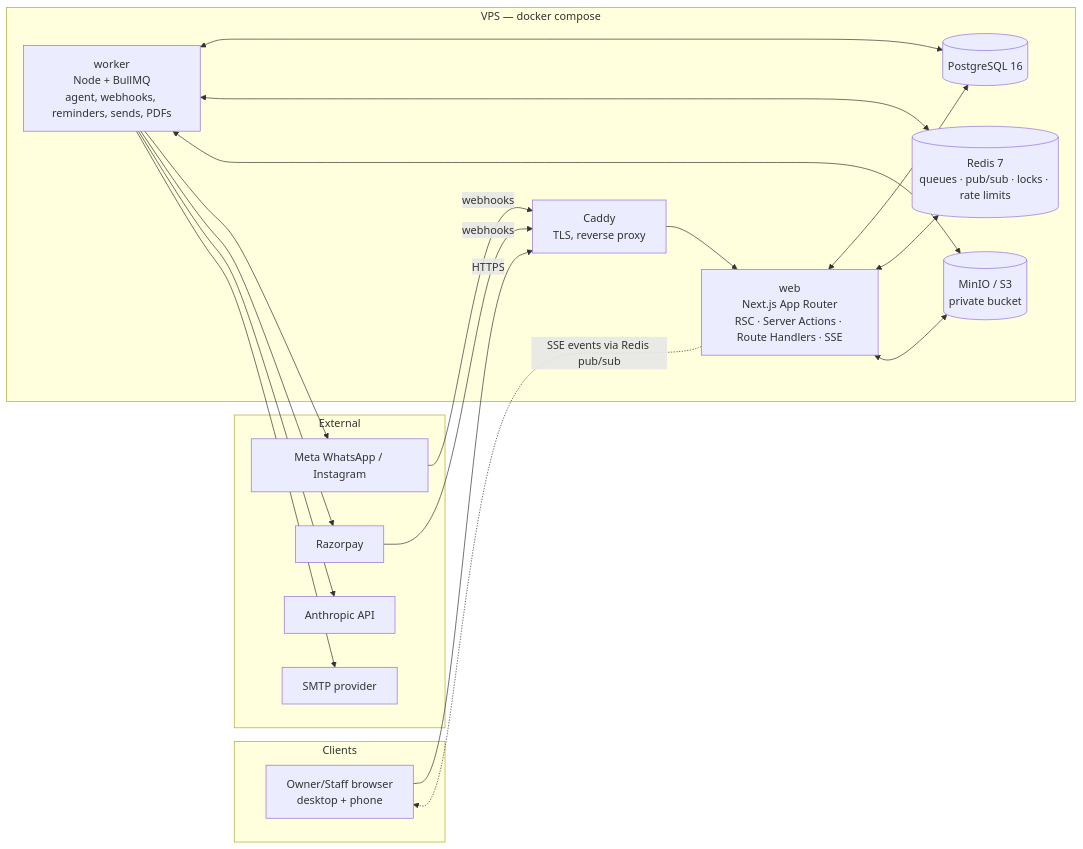
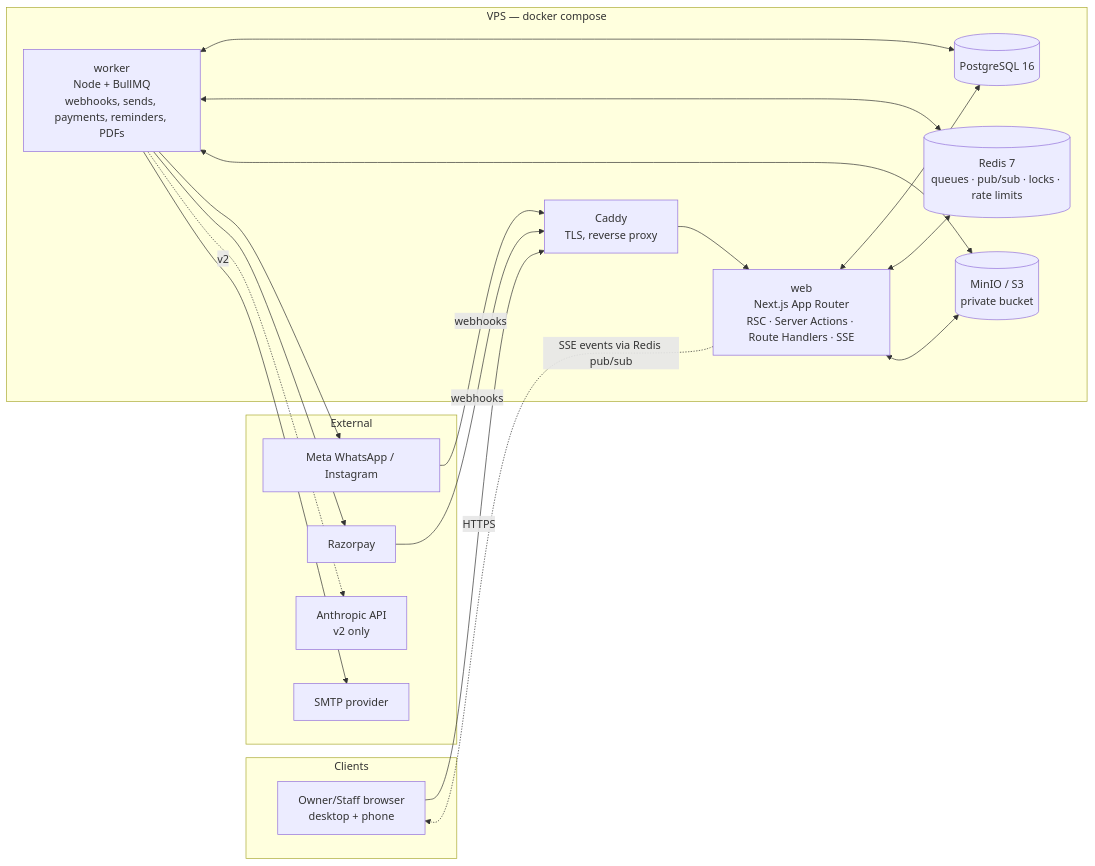
Before and after one commit to Aryadev2005/lavigo-os: the first of 4 diagrams in docs/03-system-design.md, drawn with Mermaid. The commit also changed other lines of this file and 7 other files, not shown here.

````diff
--- a/docs/03-system-design.md
+++ b/docs/03-system-design.md
@@ -19,34 +19,34 @@
 ```mermaid
 flowchart LR
   subgraph Clients
     B[Owner/Staff browser<br/>desktop + phone]
   end
   subgraph External
     META[Meta WhatsApp / Instagram]
     RZP[Razorpay]
-    ANT[Anthropic API]
+    ANT[Anthropic API<br/>v2 only]
     SMTP[SMTP provider]
   end
   subgraph VPS["VPS — docker compose"]
     CADDY[Caddy<br/>TLS, reverse proxy]
     WEB[web<br/>Next.js App Router<br/>RSC · Server Actions · Route Handlers · SSE]
-    WRK[worker<br/>Node + BullMQ<br/>agent, webhooks, reminders, sends, PDFs]
+    WRK[worker<br/>Node + BullMQ<br/>webhooks, sends, payments, reminders, PDFs]
     PG[(PostgreSQL 16)]
     RDS[(Redis 7<br/>queues · pub/sub · locks · rate limits)]
     S3[(MinIO / S3<br/>private bucket)]
   end
   B -- HTTPS --> CADDY --> WEB
   META -- webhooks --> CADDY
   RZP -- webhooks --> CADDY
   WEB <--> PG
   WEB <--> RDS
   WEB <--> S3
   WRK <--> PG
   WRK <--> RDS
   WRK <--> S3
   WRK --> META
   WRK --> RZP
-  WRK --> ANT
+  WRK -. v2 .-> ANT
   WRK --> SMTP
   WEB -. SSE events via Redis pub/sub .-> B
 ```
````
